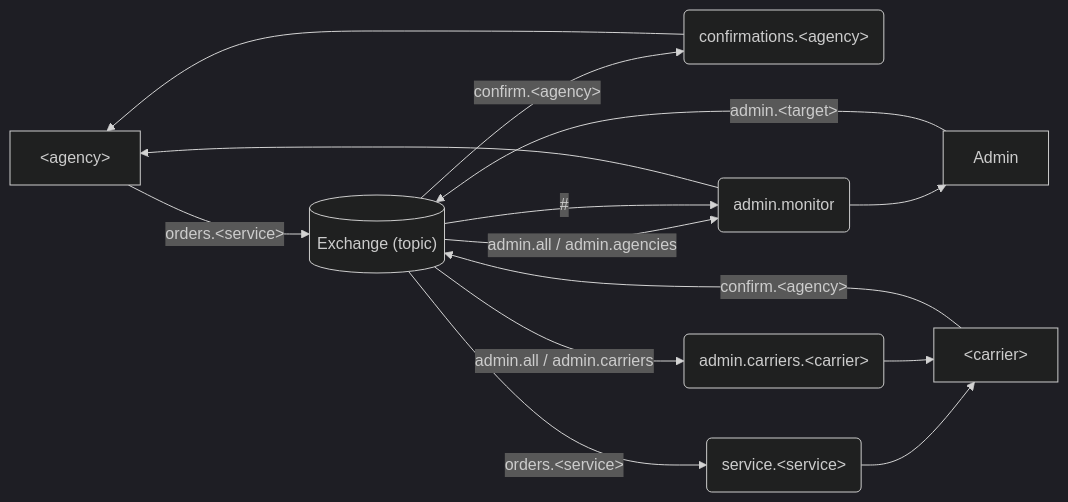
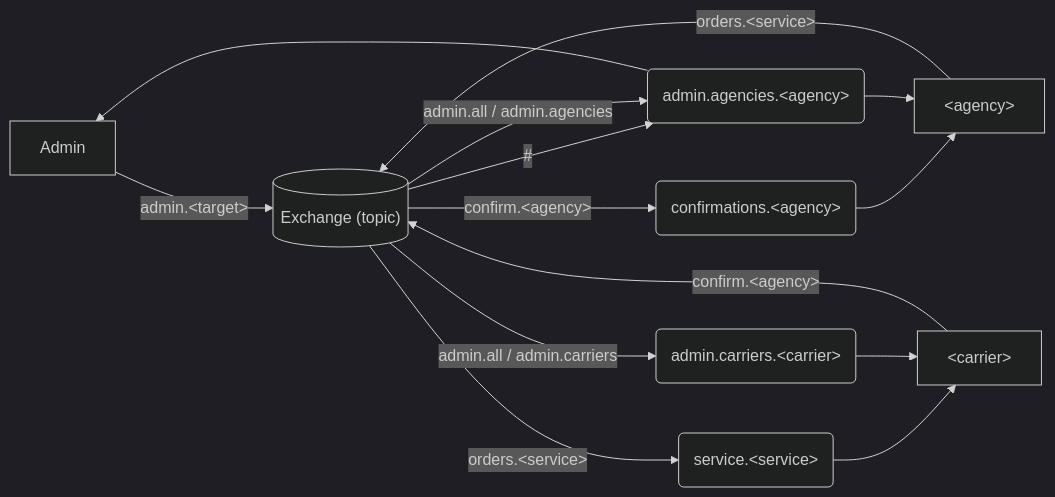
One commit to Mosder/agh changed the diagram in sem6/rozprochy/tasks/task5/schema.md. Above: the diagram before and after it, drawn with Mermaid (dark theme). The commit also changed other lines of this file, not shown here.

````diff
--- a/sem6/rozprochy/tasks/task5/schema.md
+++ b/sem6/rozprochy/tasks/task5/schema.md
@@ -1,13 +1,13 @@
 ```mermaid
 flowchart LR
+    AD[Admin] -- admin.&lt;target&gt; --> X
+    X -- "#" --> QAD(admin.monitor) --> AD
+
     A[&lt;agency&gt;] -- orders.&lt;service&gt; --> X[("Exchange (topic)")]
     X -- confirm.&lt;agency&gt; --> QA(confirmations.&lt;agency&gt;) --> A
     X -- admin.all / admin.agencies --> QAD(admin.agencies.&lt;agency&gt;) --> A
-
-    AD[Admin] -- admin.&lt;target&gt; --> X
-    X -- "#" --> QAD(admin.monitor) --> AD
 
     C[&lt;carrier&gt;] -- confirm.&lt;agency&gt; --> X
     X -- orders.&lt;service&gt; --> QS(service.&lt;service&gt;) --> C
     X -- admin.all / admin.carriers --> QC(admin.carriers.&lt;carrier&gt;) --> C
 ```
````
